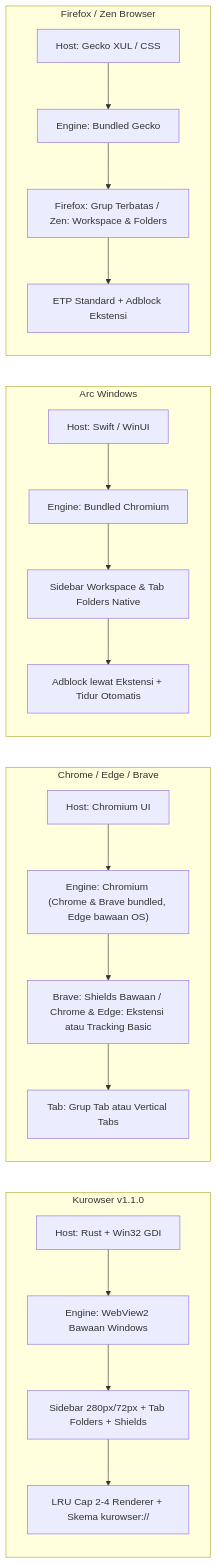
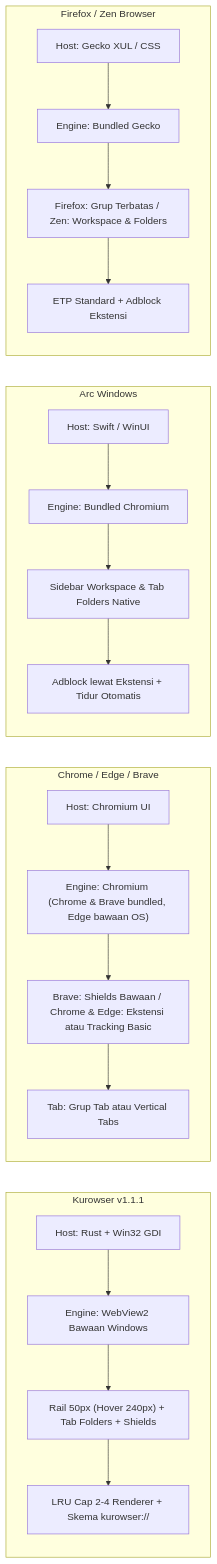
The second of 3 diagrams in README.md (devkecelup/kurowser), drawn with Mermaid before and after one commit. The commit also changed other lines of this file and 11 other files, not shown here.

Commit message:
feat: release Kurowser v1.1.1 with 50px slim rail and hover-to-expand sidebar

````diff
--- a/README.md
+++ b/README.md
@@ -130,26 +130,26 @@
 ```mermaid
 flowchart LR
-    subgraph KU["Kurowser v1.1.0"]
+    subgraph KU["Kurowser v1.1.1"]
         K1["Host: Rust + Win32 GDI"] --> K2["Engine: WebView2 Bawaan Windows"]
-        K2 --> K3["Sidebar 280px/72px + Tab Folders + Shields"]
+        K2 --> K3["Rail 50px (Hover 240px) + Tab Folders + Shields"]
         K3 --> K4["LRU Cap 2-4 Renderer + Skema kurowser://"]
     end
 
     subgraph CH["Chrome / Edge / Brave"]
         C1["Host: Chromium UI"] --> C2["Engine: Chromium (Chrome & Brave bundled, Edge bawaan OS)"]
         C2 --> C3["Brave: Shields Bawaan / Chrome & Edge: Ekstensi atau Tracking Basic"]
         C3 --> C4["Tab: Grup Tab atau Vertical Tabs"]
     end
 
     subgraph AR["Arc Windows"]
         A1["Host: Swift / WinUI"] --> A2["Engine: Bundled Chromium"]
         A2 --> A3["Sidebar Workspace & Tab Folders Native"]
         A3 --> A4["Adblock lewat Ekstensi + Tidur Otomatis"]
     end
 
     subgraph GK["Firefox / Zen Browser"]
         G1["Host: Gecko XUL / CSS"] --> G2["Engine: Bundled Gecko"]
         G2 --> G3["Firefox: Grup Terbatas / Zen: Workspace & Folders"]
         G3 --> G4["ETP Standard + Adblock Ekstensi"]
     end
 ```
````
